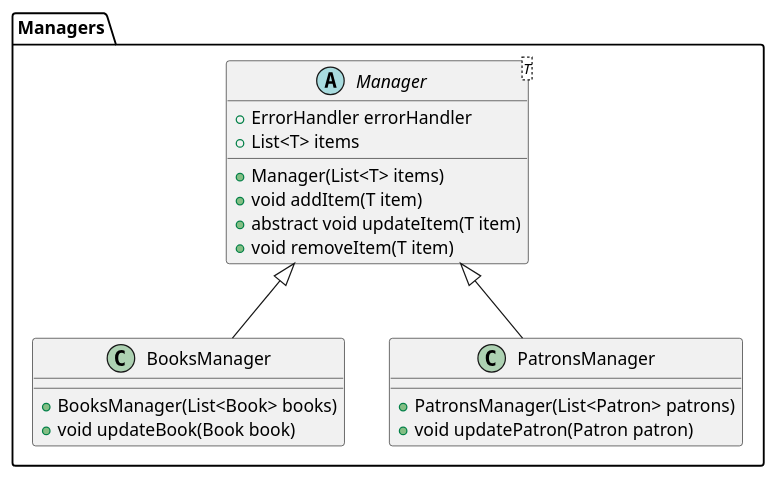
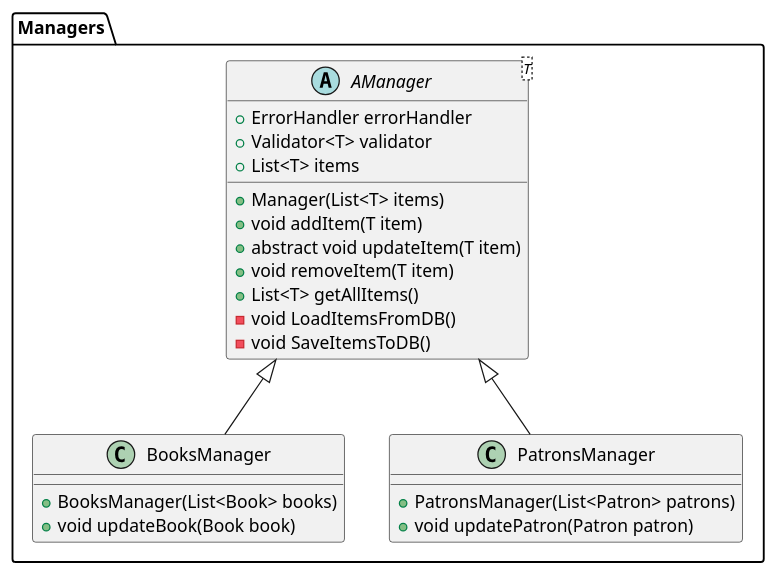
One commit to programacion-6/Opcion1LosCules changed the diagram in src/UML/Managers.puml. Above: the diagram before and after it, drawn with PlantUML. The commit also changed 1 other file, not shown here.

Commit message:
feat: implement AManager class

```diff
--- a/src/UML/Managers.puml
+++ b/src/UML/Managers.puml
@@ -1,24 +1,28 @@
 @startuml Managers
 
 package "Managers" {
-    abstract class Manager<T> {
+    abstract class AManager<T> {
         +ErrorHandler errorHandler
+        +Validator<T> validator
         +List<T> items
         +Manager(List<T> items)
         +void addItem(T item)
         +abstract void updateItem(T item)
         +void removeItem(T item)
+        +List<T> getAllItems()
+        -void LoadItemsFromDB()
+        -void SaveItemsToDB()
     }
 
-    class BooksManager extends Manager {
+    class BooksManager extends AManager {
         +BooksManager(List<Book> books)
         +void updateBook(Book book)
     }
 
-    class PatronsManager extends Manager {
+    class PatronsManager extends AManager {
         +PatronsManager(List<Patron> patrons)
         +void updatePatron(Patron patron)
     }
 }
 
 @enduml
```
